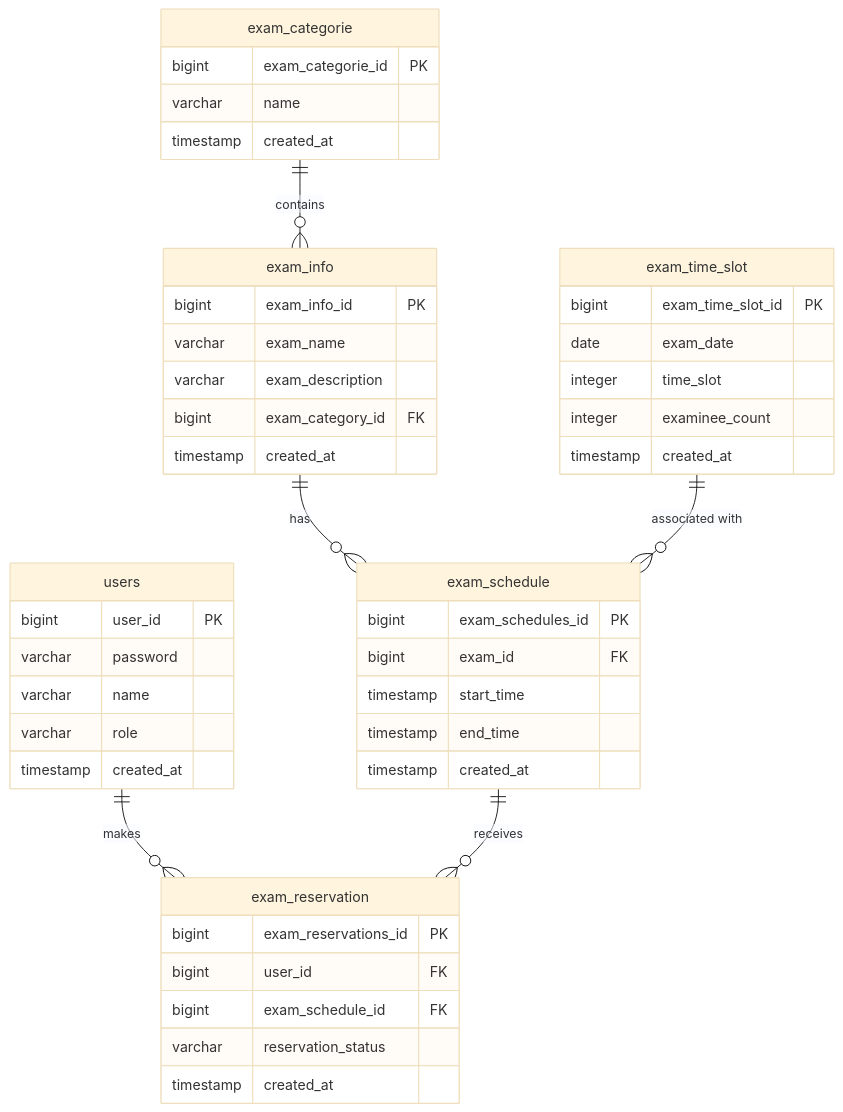
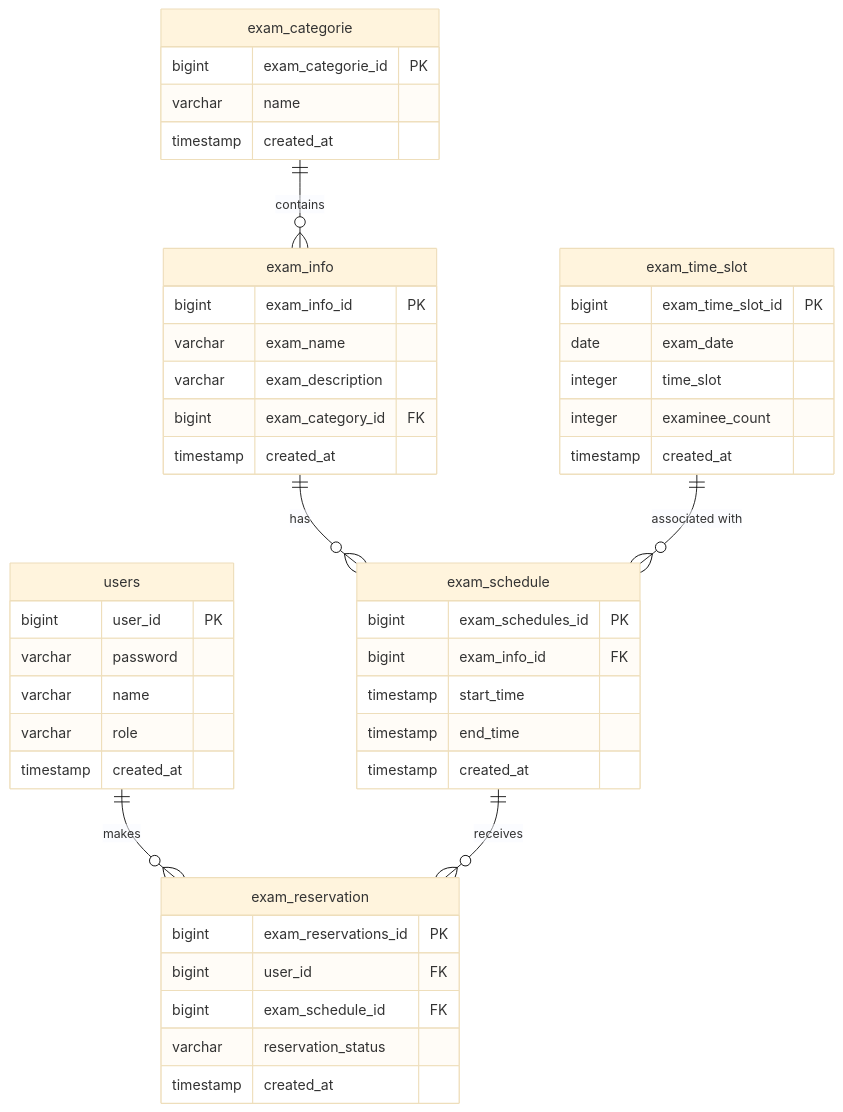
The second of 2 diagrams in README.md (fru1tworld/resavation-system), drawn with Mermaid (base theme) before and after one commit. The commit also changed other lines of this file, not shown here.

````diff
--- a/README.md
+++ b/README.md
@@ -95,54 +104,54 @@
 ```mermaid
 erDiagram
     users ||--o{ exam_reservation : "makes"
     exam_categorie ||--o{ exam_info : "contains"
     exam_info ||--o{ exam_schedule : "has"
     exam_schedule ||--o{ exam_reservation : "receives"
     exam_time_slot ||--o{ exam_schedule : "associated with"
 
     users {
         bigint user_id PK
         varchar password
         varchar name
         varchar role
         timestamp created_at
     }
 
     exam_categorie {
         bigint exam_categorie_id PK
         varchar name
         timestamp created_at
     }
 
     exam_info {
         bigint exam_info_id PK
         varchar exam_name
         varchar exam_description
         bigint exam_category_id FK
         timestamp created_at
     }
 
     exam_schedule {
         bigint exam_schedules_id PK
-        bigint exam_id FK
+        bigint exam_info_id FK
         timestamp start_time
         timestamp end_time
         timestamp created_at
     }
 
     exam_reservation {
         bigint exam_reservations_id PK
         bigint user_id FK
         bigint exam_schedule_id FK
         varchar reservation_status
         timestamp created_at
     }
 
     exam_time_slot {
         bigint exam_time_slot_id PK
         date exam_date
         integer time_slot
         integer examinee_count
         timestamp created_at
     }
 ```
````
